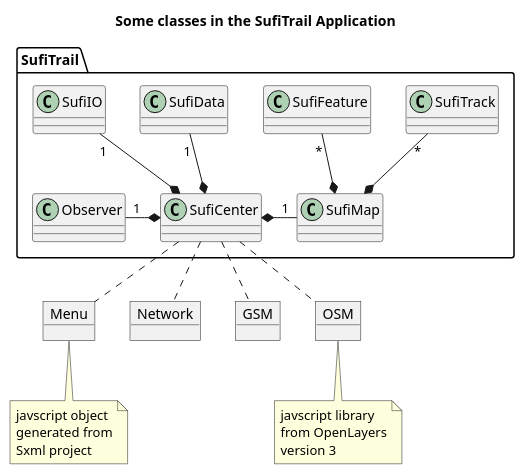
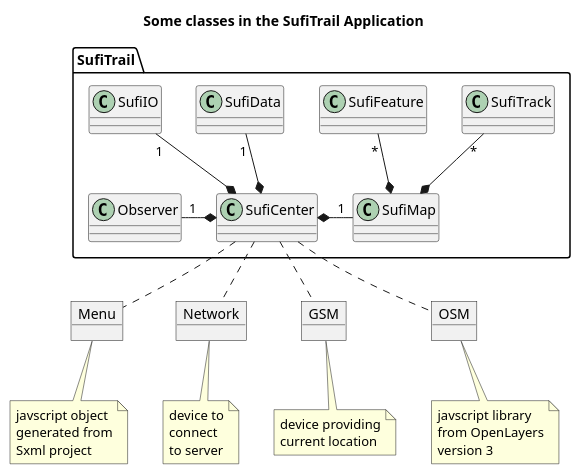
Before and after one commit to MARTIMM/Sufitrail: the third of 17 diagrams in Doc/Designer notes.md, drawn with PlantUML. The commit also changed other lines of this file, not shown here.

````diff
--- a/Doc/Designer notes.md
+++ b/Doc/Designer notes.md
@@ -126,60 +126,64 @@
 ``` plantuml
 title Some classes in the SufiTrail Application
 
 package SufiTrail {
   class Observer {
   }
 
   class SufiData {
   }
 
   class SufiMap {
   }
 
   class SufiTrack {
   }
 
   class SufiFeature {
   }
 
   class SufiCenter {
   }
 
   class SufiIO {
   }
 }
 
 object Menu {
 
 }
 
 object Network {
 
 }
 
 object GSM {
 
 }
 
 object OSM {
 
 }
 
-note "javscript object\ngenerated from\nSxml project" as M
-Menu .. M
+note "javscript object\ngenerated from\nSxml project" as Msxml
+Menu .. Msxml
 note "javscript library\nfrom OpenLayers\nversion 3" as OL3
 OSM .. OL3
+note "device providing\ncurrent location" as dev1
+GSM .. dev1
+note "device to\nconnect\nto server" as dev2
+Network .. dev2
 
 SufiData "1" --* SufiCenter
 SufiIO "1" --* SufiCenter
 
 Observer "1" -* SufiCenter
 SufiCenter .. Menu
 SufiCenter *- "1" SufiMap
 SufiCenter .. Network
 SufiCenter .. GSM
 SufiCenter .. OSM
 
 SufiTrack "*" --* SufiMap
 SufiFeature "*" --* SufiMap
 ```
````
